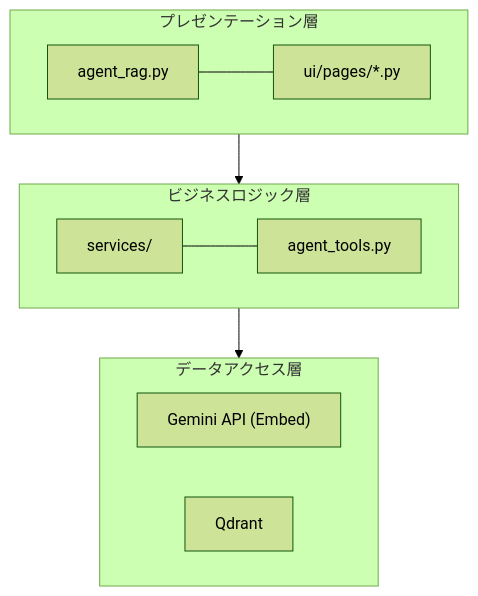
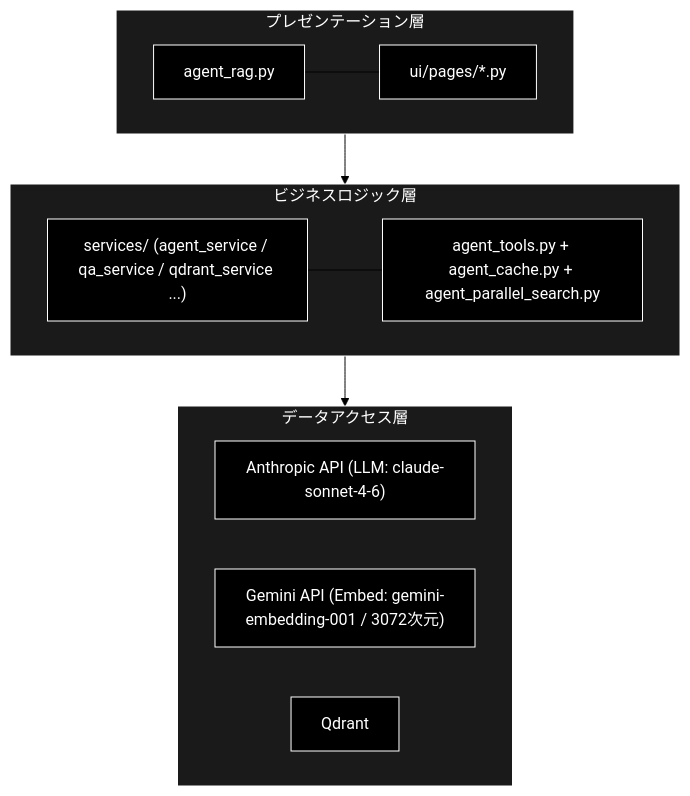
The first of 10 diagrams in readme_react_reflection.md (nakashima2toshio/anthropic_grace_agent_v2), drawn with Mermaid (forest theme) before and after one commit. The commit also changed other lines of this file and 5 other files, not shown here.

````diff
--- a/readme_react_reflection.md
+++ b/readme_react_reflection.md
@@ -141,22 +122,29 @@
 ```mermaid
 graph TD
-    subgraph Presentation [プレゼンテーション層]
+    subgraph Presentation ["プレゼンテーション層"]
         Entry["agent_rag.py"]
         Pages["ui/pages/*.py"]
         Entry --- Pages
     end
 
-    subgraph BusinessLogic [ビジネスロジック層]
-        Services["services/"]
-        Tools["agent_tools.py"]
+    subgraph BusinessLogic ["ビジネスロジック層"]
+        Services["services/ (agent_service / qa_service / qdrant_service ...)"]
+        Tools["agent_tools.py + agent_cache.py + agent_parallel_search.py"]
         Services --- Tools
     end
 
-    subgraph DataAccess [データアクセス層]
-        API["Gemini API (Embed)"]
+    subgraph DataAccess ["データアクセス層"]
+        LLM["Anthropic API (LLM: claude-sonnet-4-6)"]
+        EmbedAPI["Gemini API (Embed: gemini-embedding-001 / 3072次元)"]
         DB["Qdrant"]
     end
 
     Presentation --> BusinessLogic
     BusinessLogic --> DataAccess
+classDef default fill:#000,stroke:#fff,color:#fff
+classDef subgraphStyle fill:#1a1a1a,stroke:#fff,color:#fff
+class Entry,Pages,Services,Tools,LLM,EmbedAPI,DB default
+style Presentation fill:#1a1a1a,stroke:#fff,color:#fff
+style BusinessLogic fill:#1a1a1a,stroke:#fff,color:#fff
+style DataAccess fill:#1a1a1a,stroke:#fff,color:#fff
 ```
````
